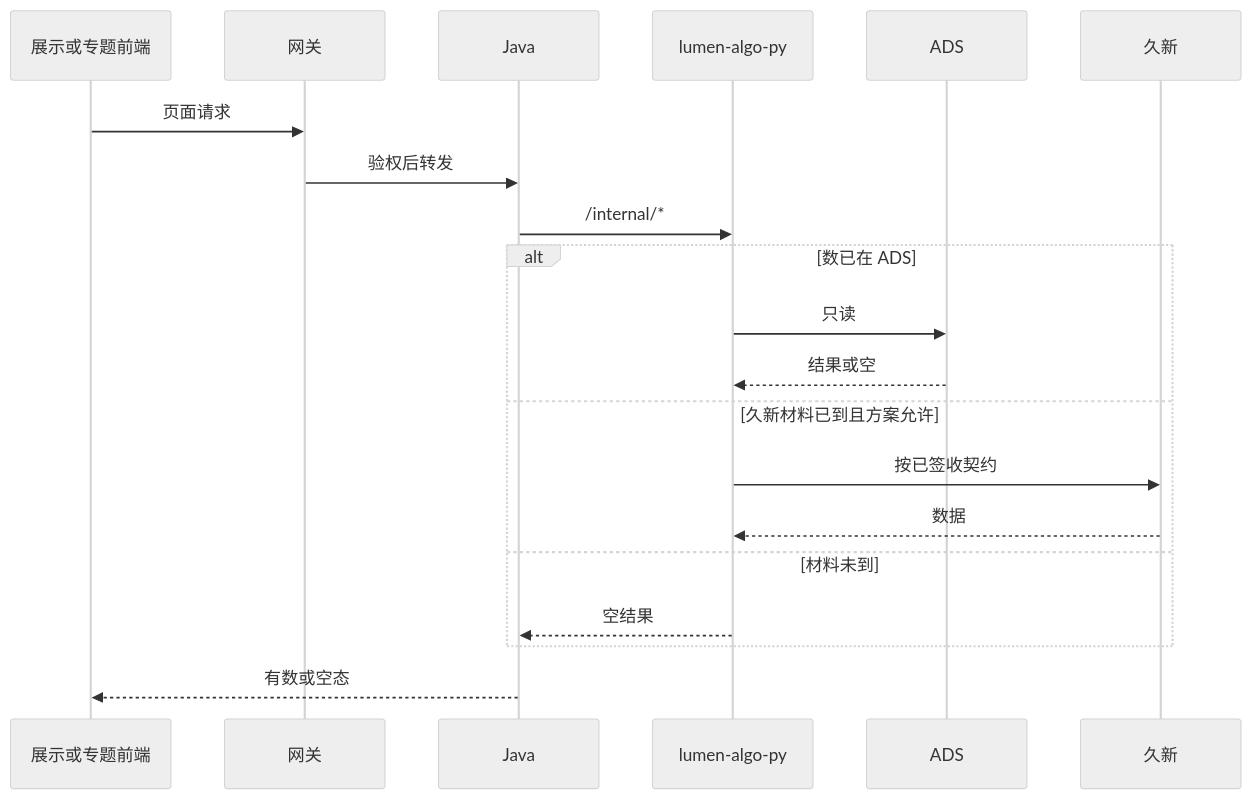
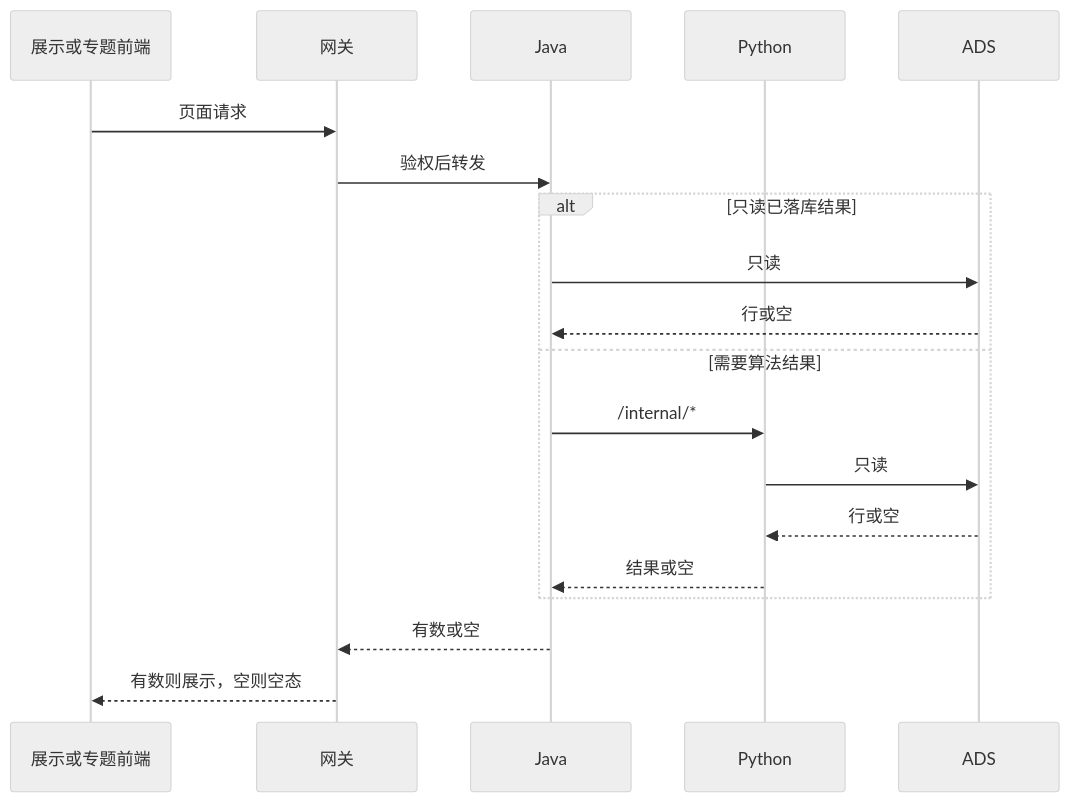
One commit to Marisolebxf/- changed the first of 2 diagrams in agent-delivery/工程过程/04-系统集成/02-对接三要素/技术方案.md. Above: the diagram before and after it, drawn with Mermaid (neutral theme). The commit also changed other lines of this file and 13 other files, not shown here.

````diff
--- a/agent-delivery/工程过程/04-系统集成/02-对接三要素/技术方案.md
+++ b/agent-delivery/工程过程/04-系统集成/02-对接三要素/技术方案.md
@@ -28,22 +35,21 @@
 ```mermaid
 sequenceDiagram
   participant FE as 展示或专题前端
   participant GW as 网关
   participant J as Java
-  participant PY as lumen-algo-py
+  participant PY as Python
   participant ADS as ADS
-  participant JX as 久新
   FE->>GW: 页面请求
   GW->>J: 验权后转发
-  J->>PY: /internal/*
-  alt 数已在 ADS
+  alt 只读已落库结果
+    J->>ADS: 只读
+    ADS-->>J: 行或空
+  else 需要算法结果
+    J->>PY: /internal/*
     PY->>ADS: 只读
-    ADS-->>PY: 结果或空
-  else 久新材料已到且方案允许
-    PY->>JX: 按已签收契约
-    JX-->>PY: 数据
-  else 材料未到
-    PY-->>J: 空结果
+    ADS-->>PY: 行或空
+    PY-->>J: 结果或空
   end
-  J-->>FE: 有数或空态
+  J-->>GW: 有数或空
+  GW-->>FE: 有数则展示，空则空态
 ```
````
